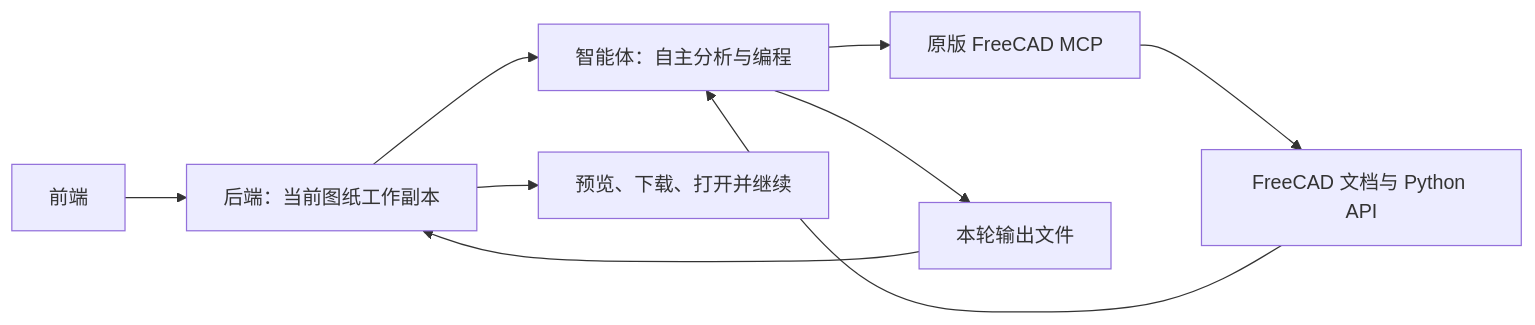
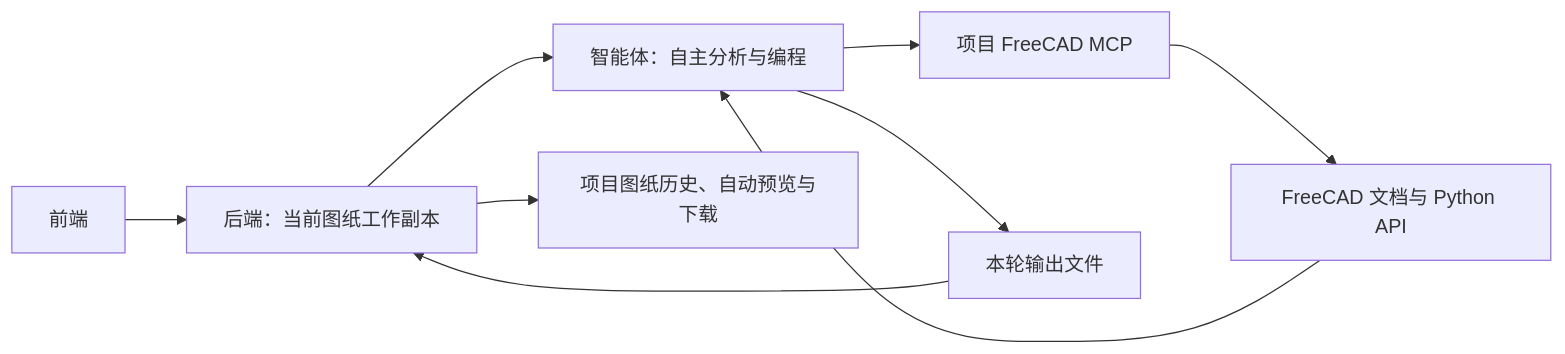
Before and after one commit to Magnificent2003/cad-agent: the diagram in README.md, drawn with Mermaid. The commit also changed other lines of this file and 94 other files, not shown here.

Commit message:
feat: organize project workbench and vendor FreeCAD MCP source

````diff
--- a/README.md
+++ b/README.md
@@ -41,11 +42,11 @@
 ```mermaid
 flowchart LR
     UI[前端] --> API[后端：当前图纸工作副本]
     API --> Agent[智能体：自主分析与编程]
-    Agent --> MCP[原版 FreeCAD MCP]
+    Agent --> MCP[项目 FreeCAD MCP]
     MCP --> FC[FreeCAD 文档与 Python API]
     FC --> Agent
     Agent --> Output[本轮输出文件]
     Output --> API
-    API --> Result[预览、下载、打开并继续]
+    API --> Result[项目图纸历史、自动预览与下载]
 ```
````
